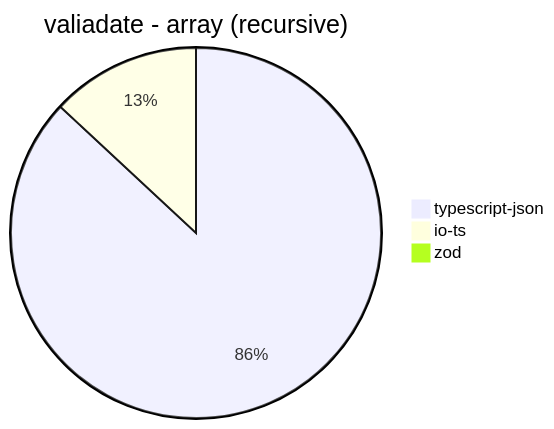
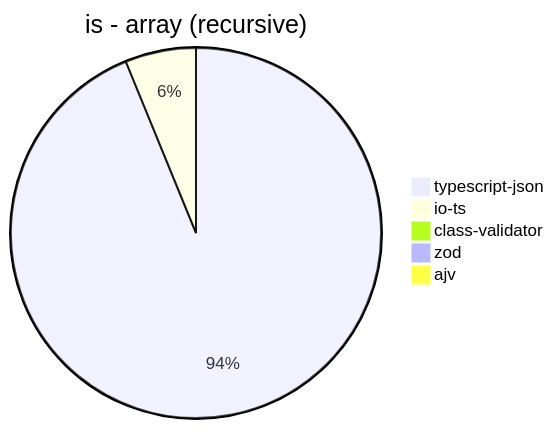
Before and after one commit to samchon/typia: the fifth of 40 diagrams in benchmark/results/AMD Ryzen 9 5900HX with Radeon Graphics.md, drawn with Mermaid. The commit also changed other lines of this file and 2 other files, not shown here.

````diff
--- a/benchmark/results/AMD Ryzen 9 5900HX with Radeon Graphics.md
+++ b/benchmark/results/AMD Ryzen 9 5900HX with Radeon Graphics.md
@@ -53,6 +61,8 @@
 ```mermaid
-pie title valiadate - array (recursive)
-  "typescript-json": 1266.1654135338345
-  "io-ts": 190.41659216878242
-  "zod": 9.739651620153586
+pie title is - array (recursive)
+  "typescript-json": 7907.040704070408
+  "io-ts": 521.1320754716982
+  "class-validator": 3.9727582292849037
+  "zod": 9.513150531617237
+  "ajv": 0
 ```
````
